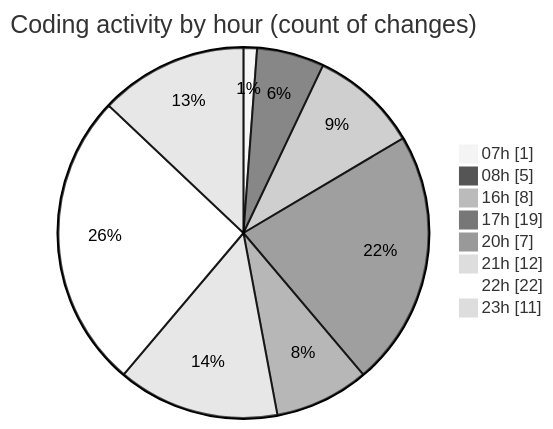
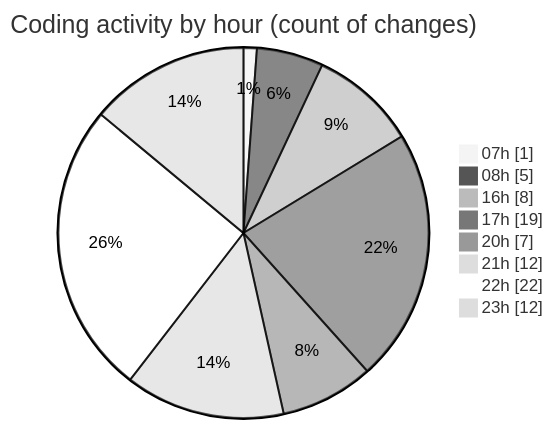
One commit to Elitesun/code-tracking changed the second of 2 diagrams in 2025-02-13/elitegpt/README.md. Above: the diagram before and after it, drawn with Mermaid (neutral theme). The commit also changed other lines of this file and 1 other file, not shown here.

````diff
--- a/2025-02-13/elitegpt/README.md
+++ b/2025-02-13/elitegpt/README.md
@@ -41,12 +41,12 @@
 ```mermaid
 pie showData
 title Coding activity by hour (count of changes)
 "07h" : 1
 "08h" : 5
 "16h" : 8
 "17h" : 19
 "20h" : 7
 "21h" : 12
 "22h" : 22
-"23h" : 11
+"23h" : 12
 ```
````
